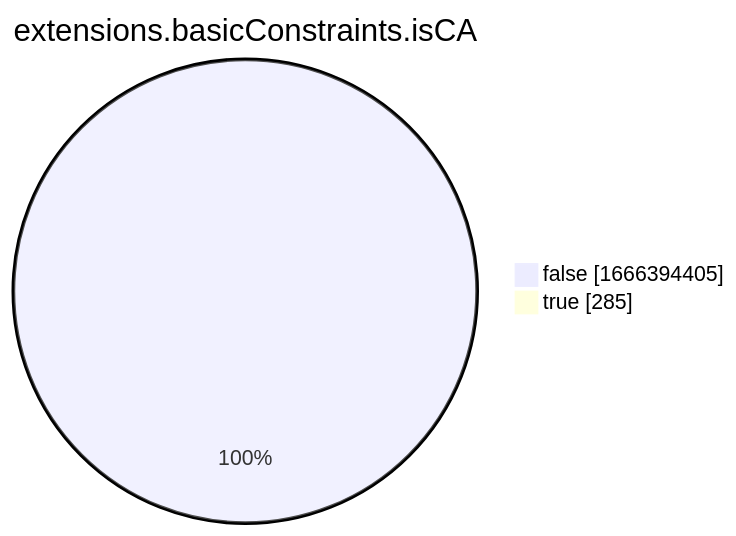
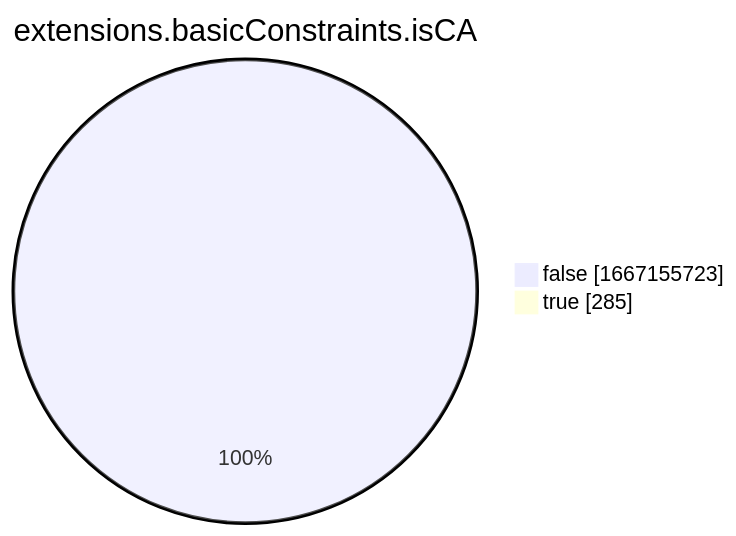
Before and after one commit to christiankrug/ctmonitor_visualization: the eighth of 15 diagrams in xenon2022/README.md, drawn with Mermaid. The commit also changed other lines of this file, not shown here.

````diff
--- a/xenon2022/README.md
+++ b/xenon2022/README.md
@@ -2865,6 +2865,6 @@
 ```mermaid
 pie showData
 title extensions.basicConstraints.isCA
-"false" :1666394405
+"false" :1667155723
 "true" :285
 ```
````
